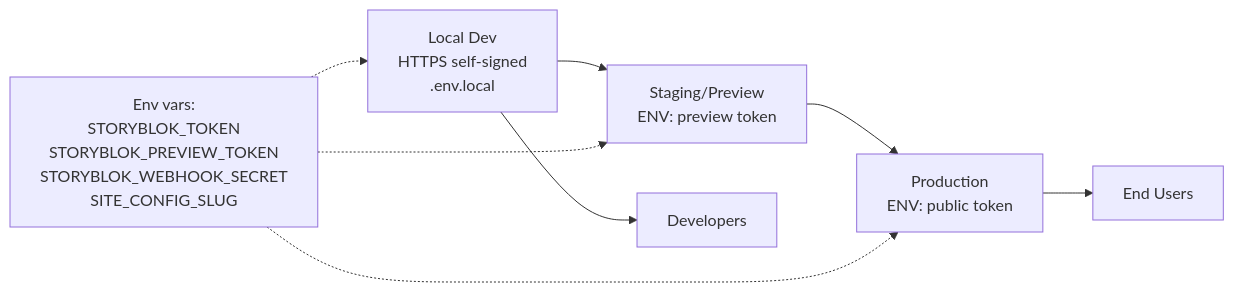
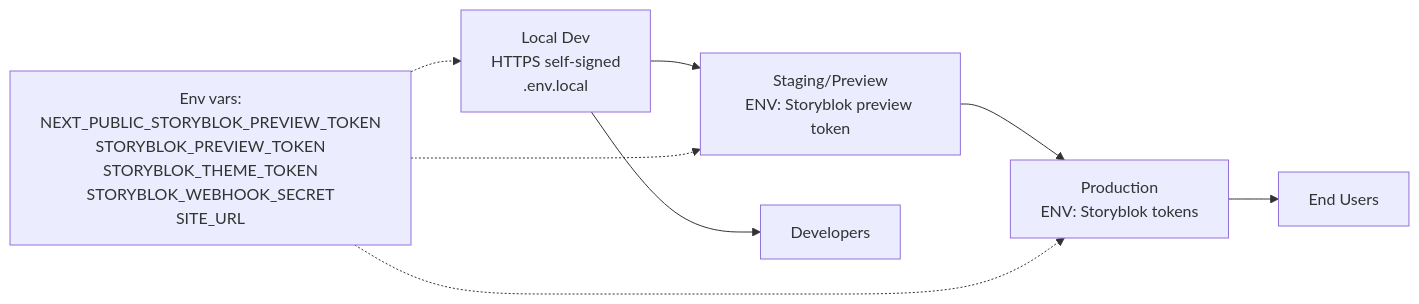
The diagram in .docs/diagrams/deployment-envs.md (songam-su/storyblok-nextjs-mantine-demo), drawn with Mermaid before and after one commit. The commit also changed other lines of this file and 13 other files, not shown here.

````diff
--- a/.docs/diagrams/deployment-envs.md
+++ b/.docs/diagrams/deployment-envs.md
@@ -10,20 +11,21 @@
 ```mermaid
 flowchart LR
   Dev[Local Dev
 HTTPS self-signed
 .env.local] --> Staging[Staging/Preview
-ENV: preview token]
+ENV: Storyblok preview token]
   Staging --> Prod[Production
-ENV: public token]
+ENV: Storyblok tokens]
 
   Secrets[Env vars:
-STORYBLOK_TOKEN
+NEXT_PUBLIC_STORYBLOK_PREVIEW_TOKEN
 STORYBLOK_PREVIEW_TOKEN
+STORYBLOK_THEME_TOKEN
 STORYBLOK_WEBHOOK_SECRET
-SITE_CONFIG_SLUG] -.-> Dev
+SITE_URL] -.-> Dev
   Secrets -.-> Staging
   Secrets -.-> Prod
 
   Dev --> Users[Developers]
   Prod --> EndUsers[End Users]
 ```
````
